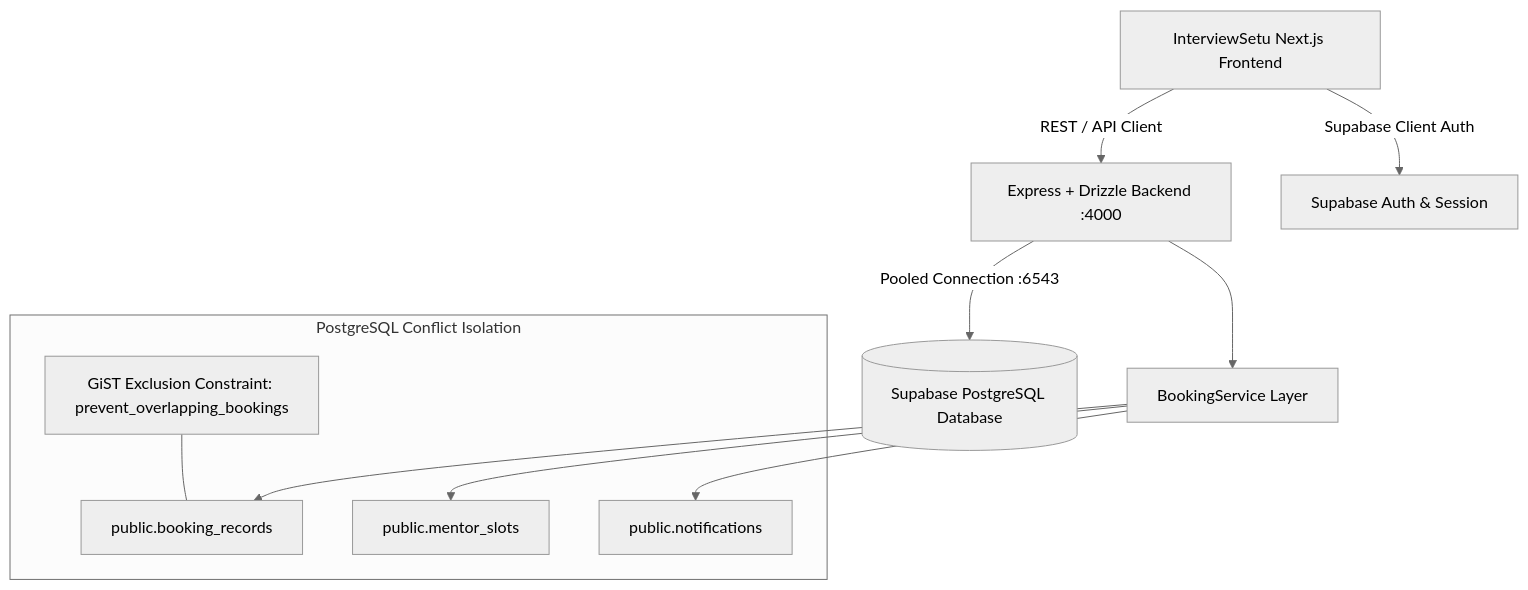
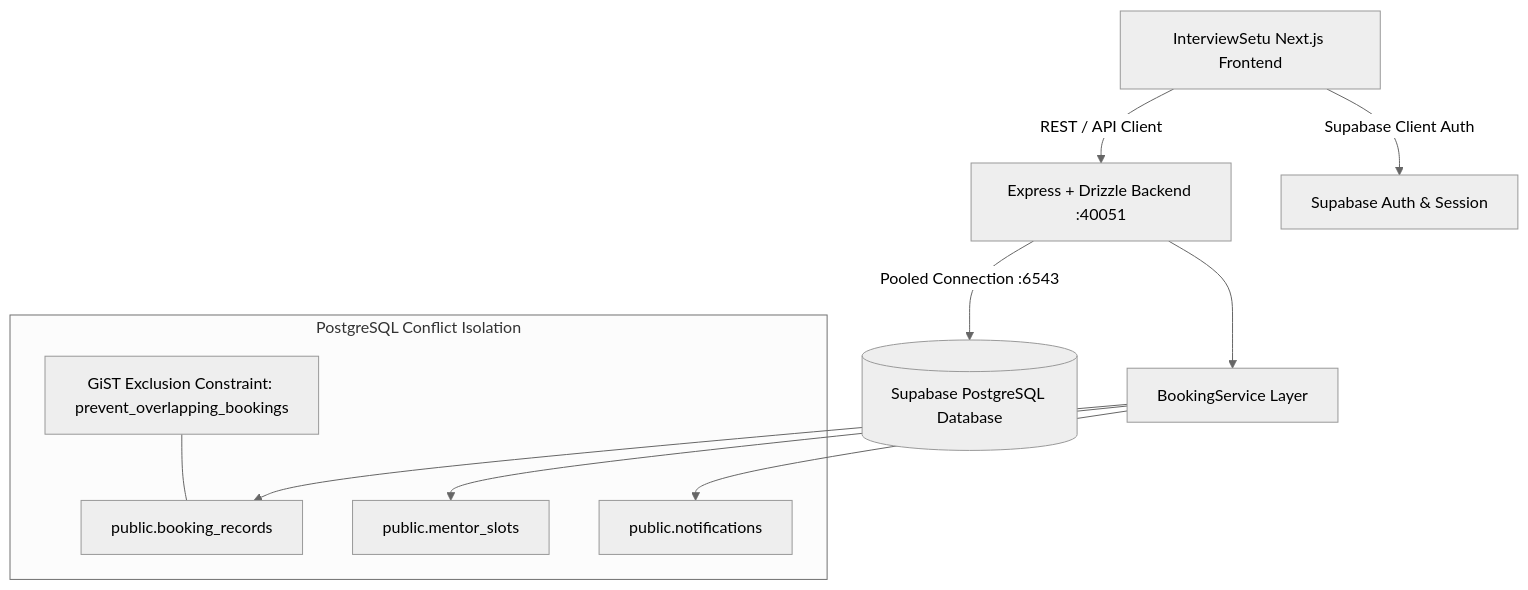
Before and after one commit to yash12465/Interview: the first of 2 diagrams in docs/TECHNICAL_REPORT_BOOKING_SYSTEM.md, drawn with Mermaid (neutral theme). The commit also changed 87 other files, not shown here.

````diff
--- a/docs/TECHNICAL_REPORT_BOOKING_SYSTEM.md
+++ b/docs/TECHNICAL_REPORT_BOOKING_SYSTEM.md
@@ -30,19 +30,19 @@
 ```mermaid
 graph TD
-    ClientUI[InterviewSetu Next.js Frontend] -->|REST / API Client| BackendAPI[Express + Drizzle Backend :4000]
+    ClientUI[InterviewSetu Next.js Frontend] -->|REST / API Client| BackendAPI[Express + Drizzle Backend :40051]
     ClientUI -->|Supabase Client Auth| SupabaseAuth[Supabase Auth & Session]
     BackendAPI -->|Pooled Connection :6543| SupabasePG[(Supabase PostgreSQL Database)]
     
     subgraph DatabaseEngine [PostgreSQL Conflict Isolation]
         ExclusionConstraint[GiST Exclusion Constraint: prevent_overlapping_bookings]
         BookingTable[public.booking_records]
         SlotsTable[public.mentor_slots]
         NotifTable[public.notifications]
         ExclusionConstraint --- BookingTable
     end
     
     BackendAPI --> BookingService[BookingService Layer]
     BookingService --> BookingTable
     BookingService --> SlotsTable
     BookingService --> NotifTable
 ```
````
